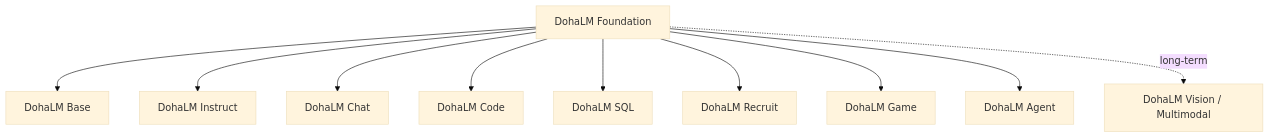
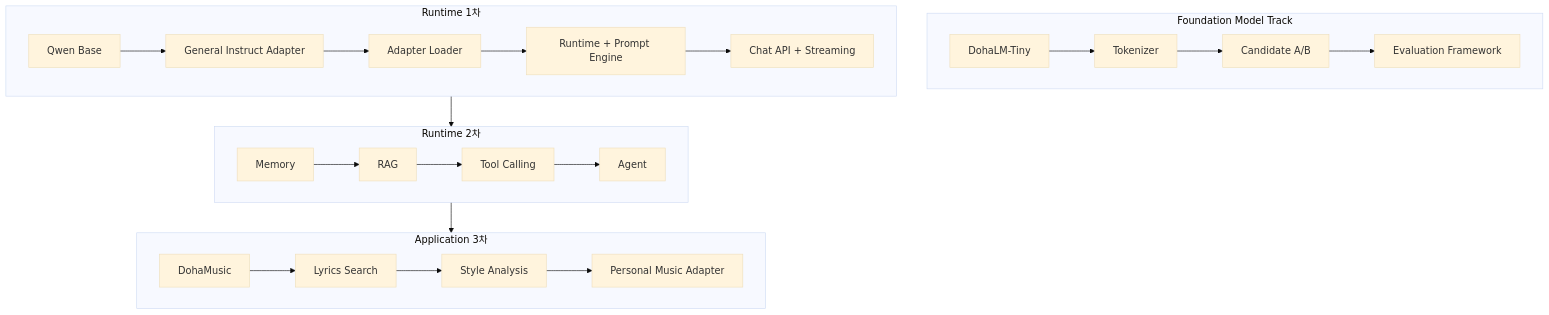
The diagram in docs/project/model-family-roadmap.md (DohaStudio/DohaLM), drawn with Mermaid (base theme) before and after one commit. The commit also changed other lines of this file and 22 other files, not shown here.

````diff
--- a/docs/project/model-family-roadmap.md
+++ b/docs/project/model-family-roadmap.md
@@ -10,13 +18,29 @@
 ```mermaid
-flowchart TD
-    Foundation[DohaLM Foundation]
-    Foundation --> Base[DohaLM Base]
-    Foundation --> Instruct[DohaLM Instruct]
-    Foundation --> Chat[DohaLM Chat]
-    Foundation --> Code[DohaLM Code]
-    Foundation --> SQL[DohaLM SQL]
-    Foundation --> Recruit[DohaLM Recruit]
-    Foundation --> Game[DohaLM Game]
-    Foundation --> Agent[DohaLM Agent]
-    Foundation -. long-term .-> Vision[DohaLM Vision / Multimodal]
+flowchart TB
+    subgraph F[Foundation Model Track]
+      Tiny[DohaLM-Tiny] --> Tok[Tokenizer]
+      Tok --> AB[Candidate A/B]
+      AB --> Eval[Evaluation Framework]
+    end
+
+    subgraph R1[Runtime 1차]
+      Qwen[Qwen Base] --> Adapter[General Instruct Adapter]
+      Adapter --> Loader[Adapter Loader]
+      Loader --> Runtime[Runtime + Prompt Engine]
+      Runtime --> API[Chat API + Streaming]
+    end
+
+    subgraph R2[Runtime 2차]
+      Memory[Memory] --> RAG[RAG]
+      RAG --> Tools[Tool Calling]
+      Tools --> Agent[Agent]
+    end
+
+    subgraph R3[Application 3차]
+      Music[DohaMusic] --> Lyrics[Lyrics Search]
+      Lyrics --> Style[Style Analysis]
+      Style --> Personal[Personal Music Adapter]
+    end
+
+    R1 --> R2 --> R3
 ```
````
